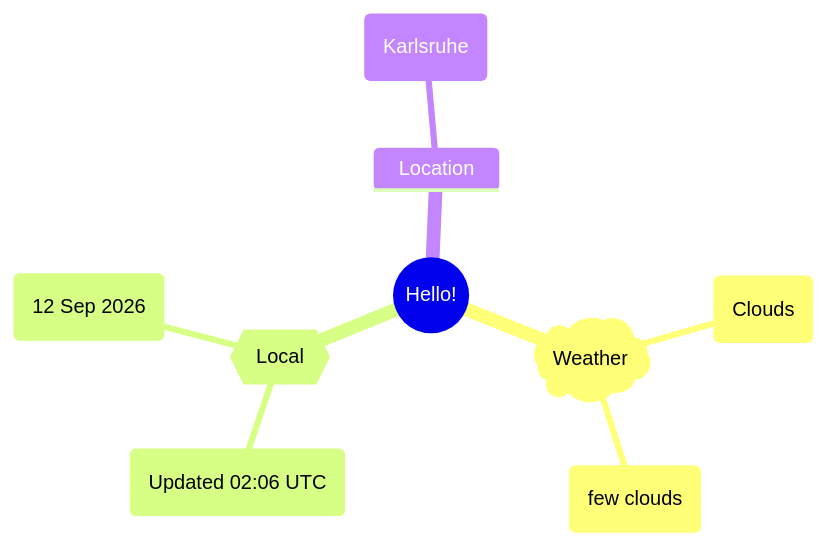
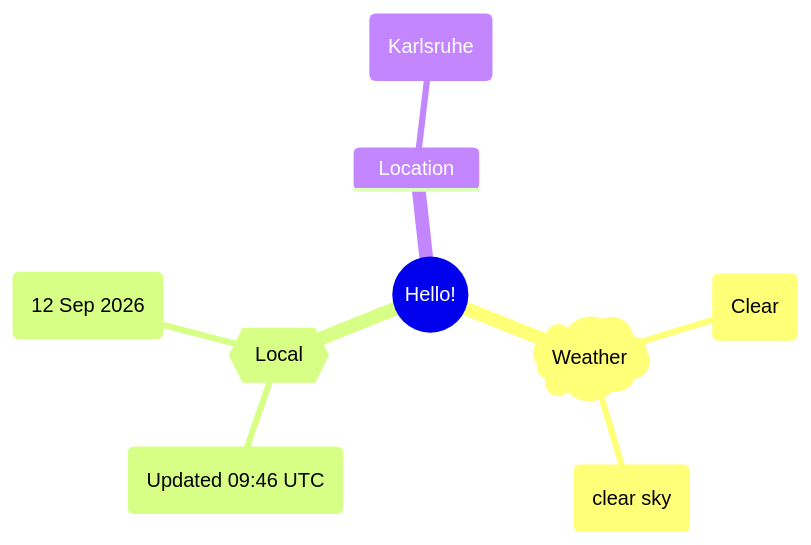
One commit to Xosrov/Xosrov changed the first of 2 diagrams in README.md. Above: the diagram before and after it, drawn with Mermaid.

Commit message:
[bot] updated images

````diff
--- a/README.md
+++ b/README.md
@@ -3,12 +3,12 @@
 ```mermaid
 mindmap
   root((Hello!))
     )Weather(
-        (Clouds)
-        (few clouds)
+        (Clear)
+        (clear sky)
     {{Local}}
-        (Updated 02:06 UTC)
+        (Updated 09:46 UTC)
         (12 Sep 2026)
     Location
         (Karlsruhe)
 ```
````
